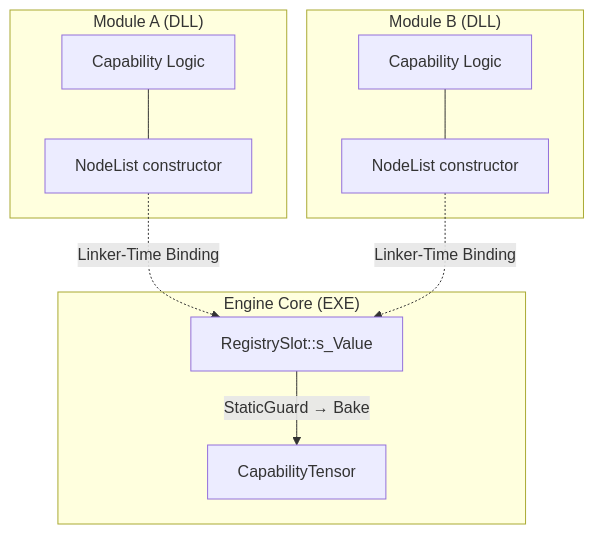
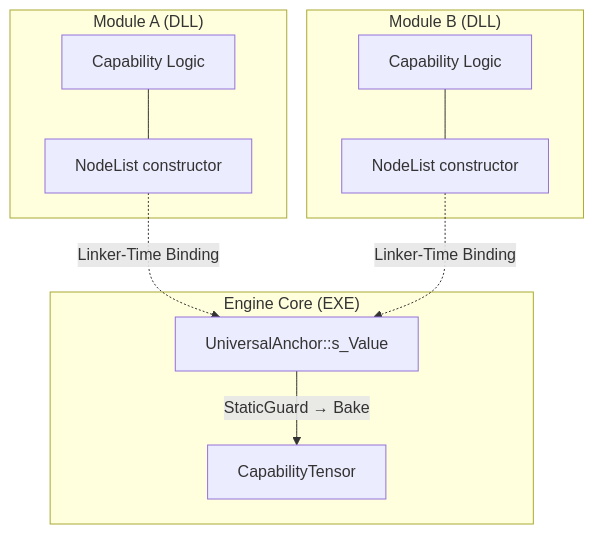
One commit to CT-74/CapabilityReconstructionGraph changed the first of 2 diagrams in README.md. Above: the diagram before and after it, drawn with Mermaid. The commit also changed other lines of this file and 14 other files, not shown here.

Commit message:
naming : registryslot becomes universal anchor

````diff
--- a/README.md
+++ b/README.md
@@ -44,16 +44,16 @@
 ```mermaid
 graph TD
     subgraph "Engine Core (EXE)"
-        A["RegistrySlot::s_Value"] -->|"StaticGuard → Bake"| B["CapabilityTensor"]
+        A["UniversalAnchor::s_Value"] -->|"StaticGuard → Bake"| B["CapabilityTensor"]
     end
 
     subgraph "Module A (DLL)"
         C["NodeList constructor"] -.->|"Linker-Time Binding"| A
         D["Capability Logic"] --- C
     end
 
     subgraph "Module B (DLL)"
         E["NodeList constructor"] -.->|"Linker-Time Binding"| A
         F["Capability Logic"] --- E
     end
 ```
````
